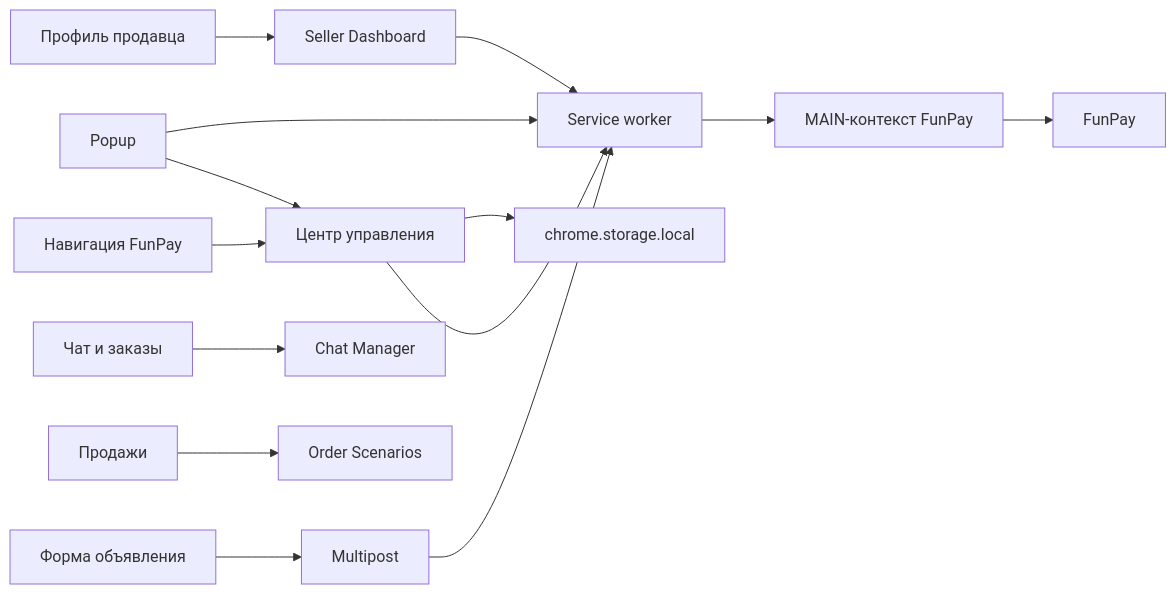
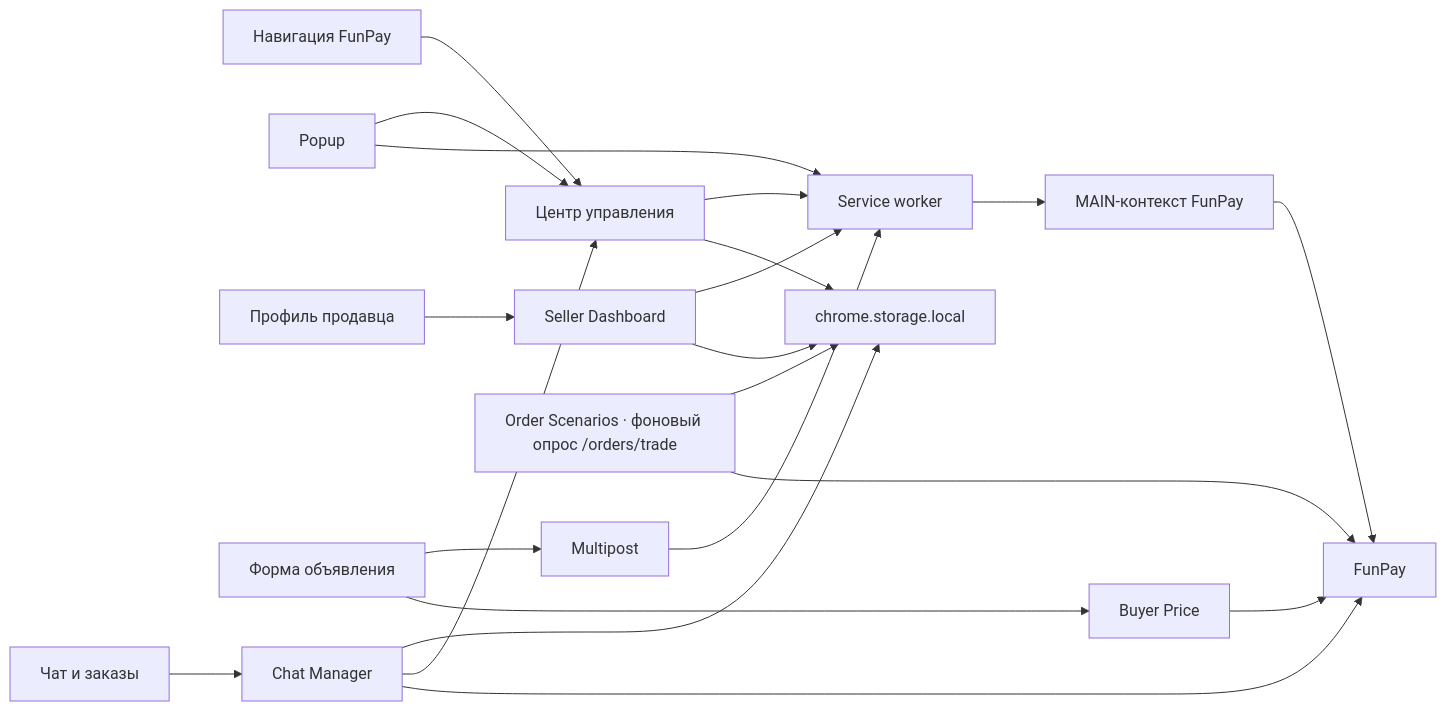
The diagram in README.md (xailiry/FunPay-Automation-Tool), drawn with Mermaid before and after one commit.

Commit message:
docs: correct architecture diagram in README
Reflect the real data flows: Order Scenarios is a background poller that
reads /orders/trade and posts to /runner/ directly (not triggered by the
sales page); add the missing Buyer Price node and the Dashboard,
Chat Manager storage/FunPay edges.

````diff
--- a/README.md
+++ b/README.md
@@ -177,16 +177,28 @@
 ```mermaid
 flowchart LR
-  Popup["Popup"] --> Worker["Service worker"]
   Header["Навигация FunPay"] --> Toolbar["Центр управления"]
-  Popup --> Toolbar
+  Popup["Popup"] --> Toolbar
+  Popup --> Worker["Service worker"]
+  Toolbar --> Worker
   Toolbar --> Storage["chrome.storage.local"]
-  Toolbar --> Worker
+
   Profile["Профиль продавца"] --> Dashboard["Seller Dashboard"]
+  Dashboard --> Worker
+  Dashboard --> Storage
+
   Editor["Форма объявления"] --> Multipost["Multipost"]
+  Editor --> BuyerPrice["Buyer Price"]
+  Multipost --> Worker
+  BuyerPrice --> FunPay["FunPay"]
+
   Chat["Чат и заказы"] --> ChatManager["Chat Manager"]
-  Orders["Продажи"] --> Scenarios["Order Scenarios"]
-  Dashboard --> Worker
-  Multipost --> Worker
+  ChatManager --> Storage
+  ChatManager --> Toolbar
+  ChatManager --> FunPay
+
+  Scenarios["Order Scenarios · фоновый опрос /orders/trade"] --> Storage
+  Scenarios --> FunPay
+
   Worker --> Main["MAIN-контекст FunPay"]
-  Main --> FunPay["FunPay"]
+  Main --> FunPay
 ```
````
